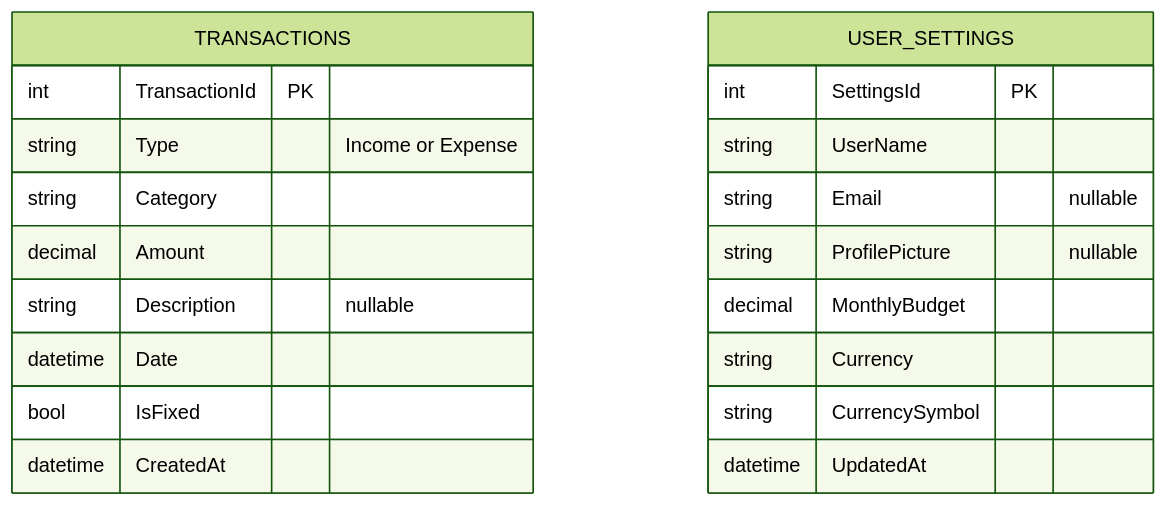
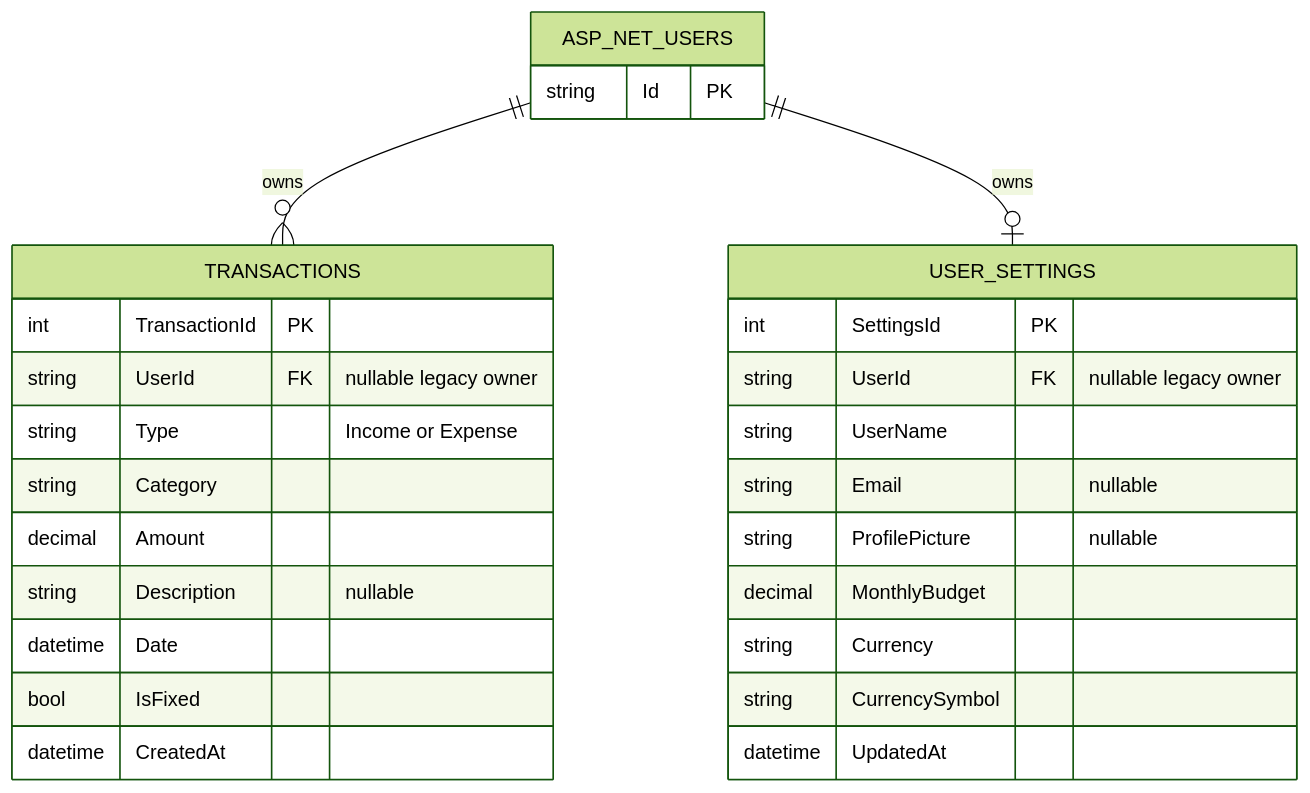
The second of 2 diagrams in README.md (arrahmanriju/Hishaber-khata-expense-tracker-), drawn with Mermaid (forest theme) before and after one commit. The commit also changed other lines of this file and 51 other files, not shown here.

````diff
--- a/README.md
+++ b/README.md
@@ -43,23 +44,30 @@
 ```mermaid
 erDiagram
+    ASP_NET_USERS ||--o{ TRANSACTIONS : owns
+    ASP_NET_USERS ||--o| USER_SETTINGS : owns
+    ASP_NET_USERS {
+        string Id PK
+    }
     TRANSACTIONS {
         int TransactionId PK
+        string UserId FK "nullable legacy owner"
         string Type "Income or Expense"
         string Category
         decimal Amount
         string Description "nullable"
         datetime Date
         bool IsFixed
         datetime CreatedAt
     }
     USER_SETTINGS {
         int SettingsId PK
+        string UserId FK "nullable legacy owner"
         string UserName
         string Email "nullable"
         string ProfilePicture "nullable"
         decimal MonthlyBudget
         string Currency
         string CurrencySymbol
         datetime UpdatedAt
     }
 ```
````
